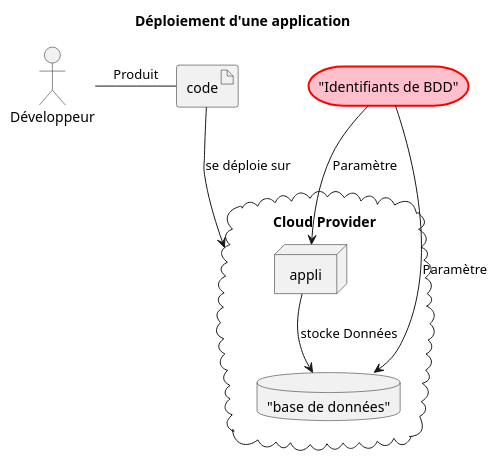
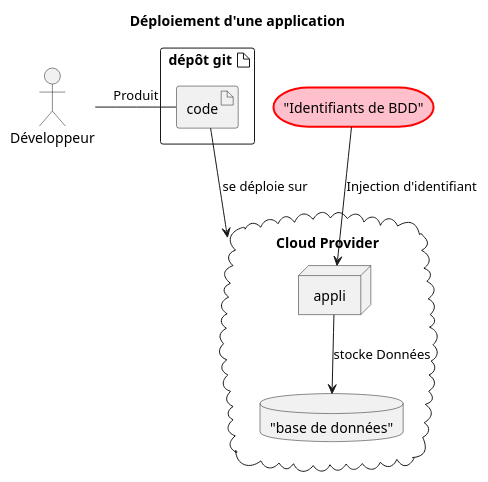
The diagram in diagrams/01-problematique.puml (sylvainmetayer/talk-sops), drawn with PlantUML before and after one commit. The commit also changed 28 other files, not shown here.

```diff
--- a/diagrams/01-problematique.puml
+++ b/diagrams/01-problematique.puml
@@ -1,26 +1,28 @@
 @startuml
 title Déploiement d'une application
 
 actor Développeur
+
+artifact "dépôt git    " {
 artifact code
+}
+
 storage c #pink;line:red;line.bold;text:black [
 "Identifiants de BDD"
 ]
 
-cloud "Cloud Provider" {
+cloud "Cloud Provider"  {
 database bdd [
 "base de données"
 ]
 node appli
 
 appli -d-> bdd : stocke Données
 }
 
-
 Développeur - code : Produit
 
 code -d-> "Cloud Provider" : se déploie sur
-c -d-> bdd : Paramètre
-c -d-> appli : Paramètre
+c -d-> appli : Injection d'identifiant
 
 @enduml
```
